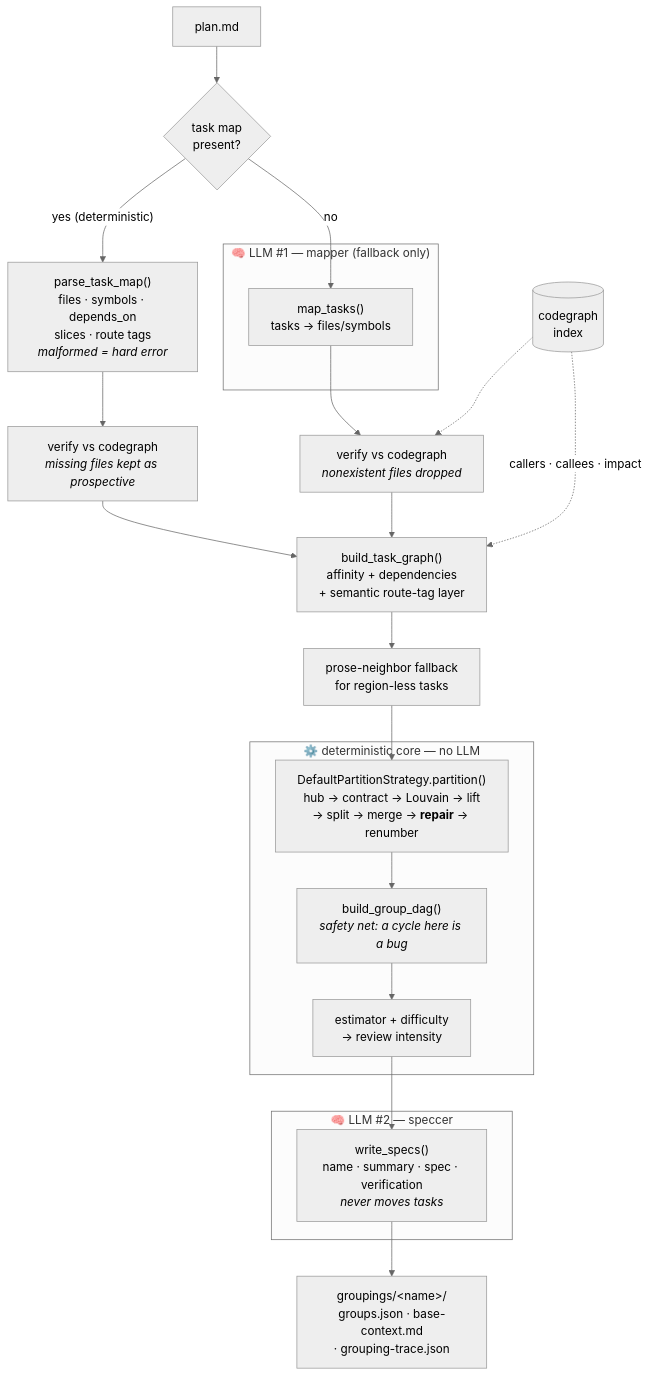
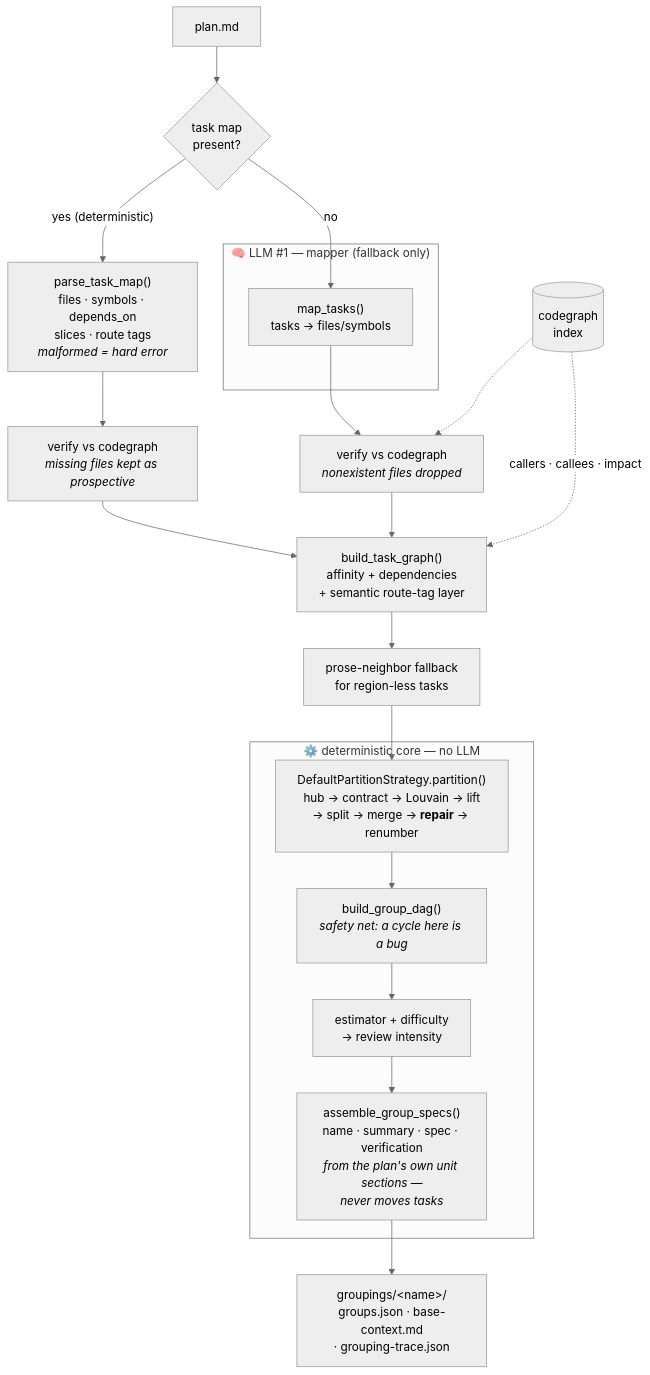
The first of 3 diagrams in docs/orchestrator-grouping.md (Giovani-Merlin/smart_mcps), drawn with Mermaid (neutral theme) before and after one commit. The commit also changed other lines of this file, not shown here.

First line of the commit message:
docs(grouping): record the speccer-removal commit sha, refresh Stage 5

````diff
--- a/docs/orchestrator-grouping.md
+++ b/docs/orchestrator-grouping.md
@@ -51,34 +55,29 @@
 ```mermaid
 flowchart TD
     plan["plan.md"] --> tmap{"task map<br/>present?"}
     tmap -- "yes (deterministic)" --> parse["parse_task_map()<br/>files · symbols · depends_on<br/>slices · route tags<br/><i>malformed = hard error</i>"]
     tmap -- no --> mapper
 
     subgraph LLM1["🧠 LLM #1 — mapper (fallback only)"]
         mapper["map_tasks()<br/>tasks → files/symbols"]
     end
 
     mapper --> verify["verify vs codegraph<br/><i>nonexistent files dropped</i>"]
     parse --> verify2["verify vs codegraph<br/><i>missing files kept as prospective</i>"]
     cg[("codegraph<br/>index")] -.-> verify
     verify --> tg["build_task_graph()<br/>affinity + dependencies<br/>+ semantic route-tag layer"]
     verify2 --> tg
     cg -.->|"callers · callees · impact"| tg
     tg --> prose["prose-neighbor fallback<br/>for region-less tasks"]
 
     prose --> partition
 
     subgraph DET["⚙️ deterministic core — no LLM"]
         partition["DefaultPartitionStrategy.partition()<br/>hub → contract → Louvain → lift<br/>→ split → merge → <b>repair</b> → renumber"]
         partition --> dag["build_group_dag()<br/><i>safety net: a cycle here is a bug</i>"]
         dag --> est["estimator + difficulty<br/>→ review intensity"]
+        est --> assemble["assemble_group_specs()<br/>name · summary · spec · verification<br/><i>from the plan's own unit sections —<br/>never moves tasks</i>"]
     end
 
-    est --> speccer
-
-    subgraph LLM2["🧠 LLM #2 — speccer"]
-        speccer["write_specs()<br/>name · summary · spec · verification<br/><i>never moves tasks</i>"]
-    end
-
-    speccer --> out["groupings/&lt;name&gt;/<br/>groups.json · base-context.md<br/>· grouping-trace.json"]
+    assemble --> out["groupings/&lt;name&gt;/<br/>groups.json · base-context.md<br/>· grouping-trace.json"]
 ```
````
